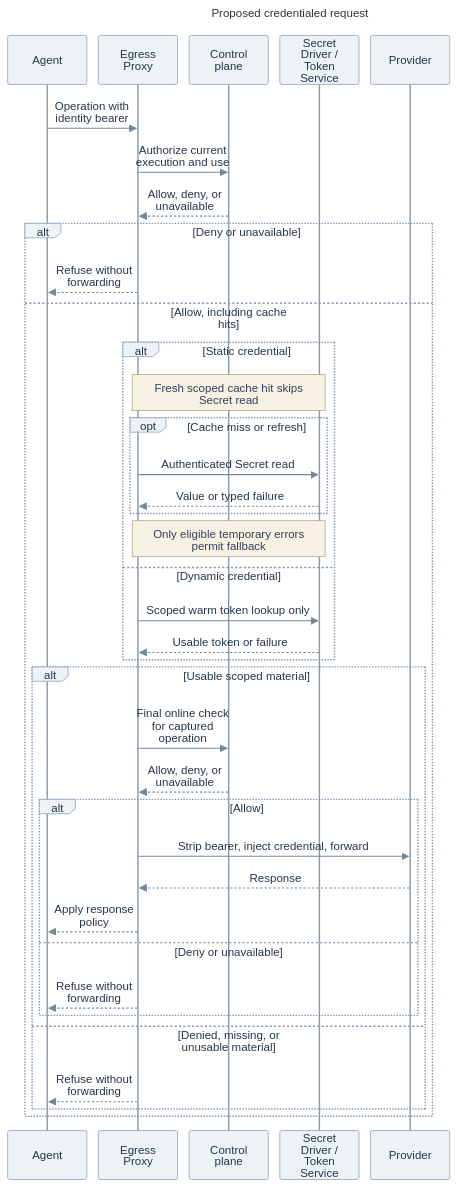
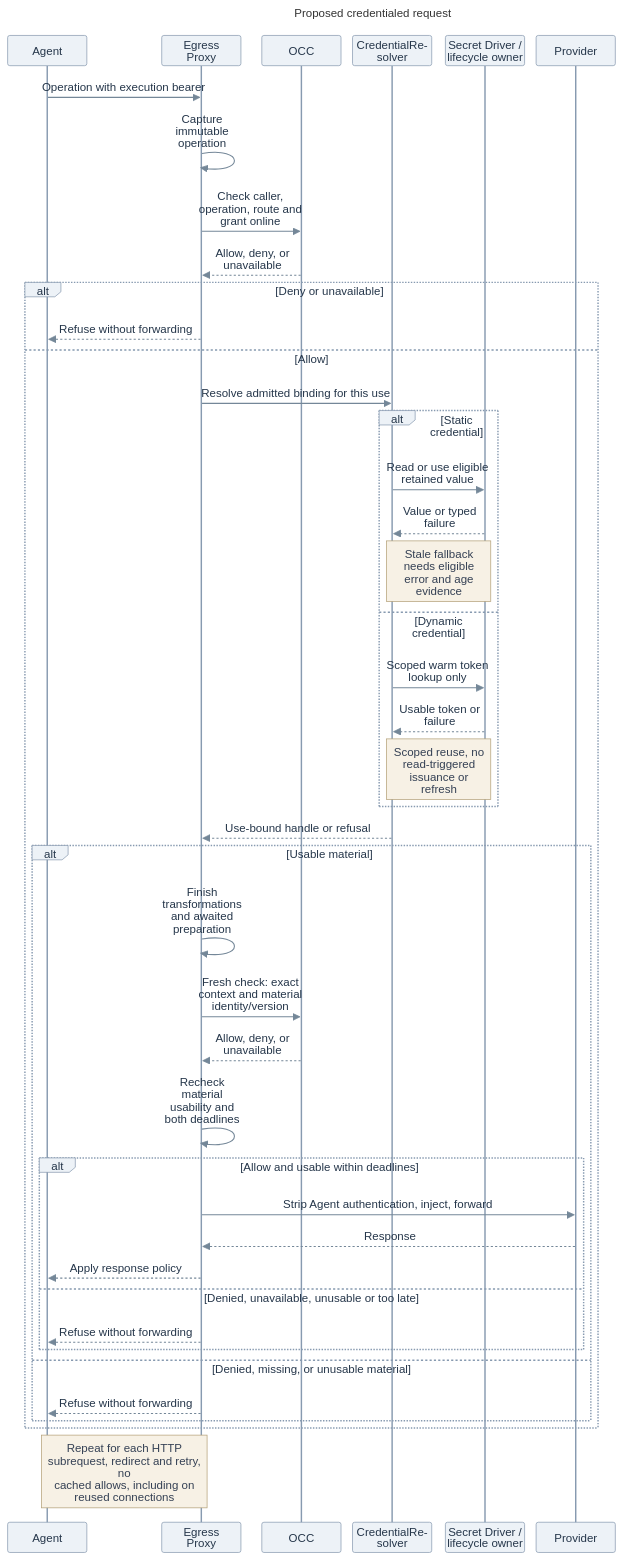
One commit to freeqaz-openai/openclaw-enterprise changed the diagram in specs/rfcs/0019-egress-proxy-credential-lifecycle/assets/request-caching.mmd. Above: the diagram before and after it, drawn with Mermaid. The commit also changed 10 other files, not shown here.

Commit message:
docs(rfc): clarify egress roles and credential lifecycle

```diff
--- a/specs/rfcs/0019-egress-proxy-credential-lifecycle/assets/request-caching.mmd
+++ b/specs/rfcs/0019-egress-proxy-credential-lifecycle/assets/request-caching.mmd
@@ -1,64 +1,69 @@
 ---
 title: "Proposed credentialed request"
 config:
   theme: base
   themeVariables:
     fontFamily: "Arial, sans-serif"
     fontSize: "16px"
     actorBkg: "#EDF2F7"
     actorBorder: "#879AB0"
     actorTextColor: "#25364A"
     noteBkgColor: "#F7F1E5"
     noteBorderColor: "#B3A078"
     noteTextColor: "#344054"
     signalColor: "#748798"
     signalTextColor: "#25364A"
   sequence:
     useMaxWidth: false
     actorMargin: 16
     width: 110
     height: 42
     diagramMarginX: 12
     diagramMarginY: 12
     messageMargin: 17
     noteMargin: 8
     mirrorActors: true
     wrap: true
 ---
 sequenceDiagram
   participant A as Agent
   participant G as Egress Proxy
-  participant C as Control plane
-  participant S as Secret Driver / Token Service
+  participant C as OCC
+  participant R as CredentialResolver
+  participant S as Secret Driver /<br/>lifecycle owner
   participant P as Provider
-  A->>G: Operation with identity bearer
-  G->>C: Authorize current execution and use
+  A->>G: Operation with execution bearer
+  G->>G: Capture immutable operation
+  G->>C: Check caller, operation, route and grant online
   C-->>G: Allow, deny, or unavailable
   alt Deny or unavailable
     G-->>A: Refuse without forwarding
-  else Allow, including cache hits
+  else Allow
+    G->>R: Resolve admitted binding for this use
     alt Static credential
-      Note over G,S: Fresh scoped cache hit skips Secret read
-      opt Cache miss or refresh
-        G->>S: Authenticated Secret read
-        S-->>G: Value or typed failure
-      end
-      Note over G,S: Only eligible temporary errors permit fallback
+      R->>S: Read or use eligible retained value
+      S-->>R: Value or typed failure
+      Note over R,S: Stale fallback needs eligible error and age evidence
     else Dynamic credential
-      G->>S: Scoped warm token lookup only
-      S-->>G: Usable token or failure
+      R->>S: Scoped warm token lookup only
+      S-->>R: Usable token or failure
+      Note over R,S: Scoped reuse, no read-triggered issuance or refresh
     end
-    alt Usable scoped material
-      G->>C: Final online check for captured operation
+    R-->>G: Use-bound handle or refusal
+    alt Usable material
+      G->>G: Finish transformations and awaited preparation
+      G->>C: Fresh check: exact context and material identity/version
       C-->>G: Allow, deny, or unavailable
-      alt Allow
-        G->>P: Strip bearer, inject credential, forward
+      G->>G: Recheck material usability and both deadlines
+      alt Allow and usable within deadlines
+        G->>P: Strip Agent authentication, inject, forward
         P-->>G: Response
         G-->>A: Apply response policy
-      else Deny or unavailable
+      else Denied, unavailable, unusable or too late
         G-->>A: Refuse without forwarding
       end
     else Denied, missing, or unusable material
       G-->>A: Refuse without forwarding
     end
   end
+  Note over A,G: Repeat for each HTTP subrequest, redirect and retry,<br/>no cached allows, including on reused connections
```
